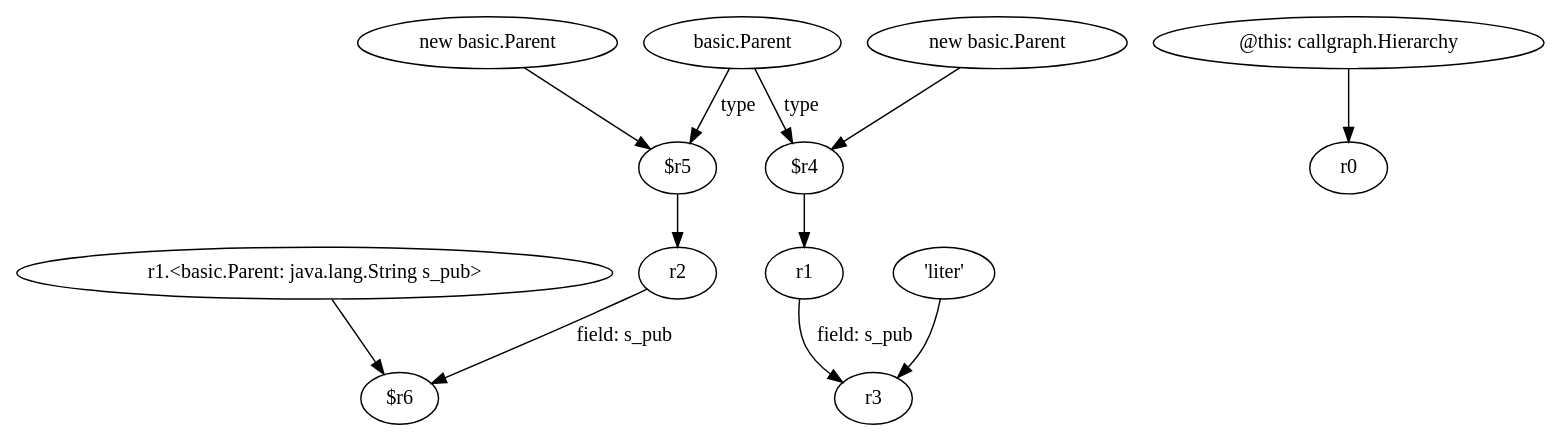
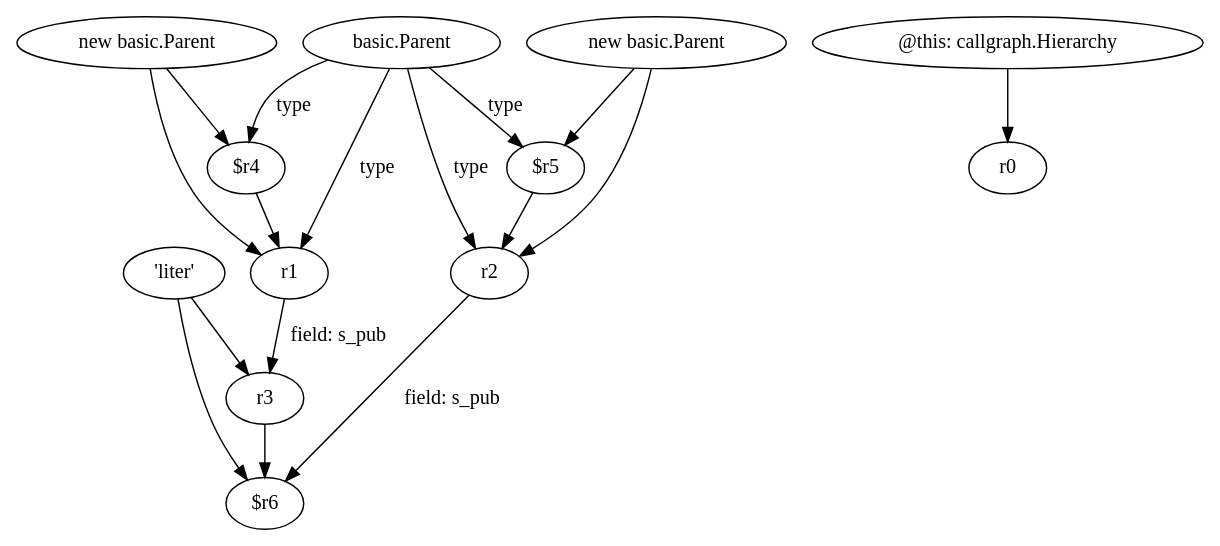
The diagram in relation2/<callgraph.Hierarchy: void store()>.dot (SeanCoek/zString), drawn with Graphviz before and after one commit. The commit also changed 36 other files, not shown here.

```diff
--- a/relation2/<callgraph.Hierarchy: void store()>.dot
+++ b/relation2/<callgraph.Hierarchy: void store()>.dot
@@ -1,26 +1,30 @@
 digraph g {
-0[label="basic.Parent"]
-1[label="$r5"]
-0->1[label="type"]
-2[label="r1"]
-3[label="r3"]
-2->3[label="field: s_pub"]
-4[label="'liter'"]
-4->3[label=""]
-5[label="$r4"]
-0->5[label="type"]
-6[label="new basic.Parent"]
-6->1[label=""]
-7[label="new basic.Parent"]
-7->5[label=""]
-5->2[label=""]
-8[label="r2"]
-9[label="$r6"]
-8->9[label="field: s_pub"]
-1->8[label=""]
-10[label="r1.<basic.Parent: java.lang.String s_pub>"]
-10->9[label=""]
-11[label="@this: callgraph.Hierarchy"]
-12[label="r0"]
-11->12[label=""]
+0[label="'liter'"]
+1[label="$r6"]
+0->1[label=""]
+2[label="basic.Parent"]
+3[label="$r4"]
+2->3[label="type"]
+4[label="r2"]
+4->1[label="field: s_pub"]
+5[label="@this: callgraph.Hierarchy"]
+6[label="r0"]
+5->6[label=""]
+7[label="r3"]
+7->1[label=""]
+0->7[label=""]
+2->4[label="type"]
+8[label="new basic.Parent"]
+9[label="$r5"]
+8->9[label=""]
+10[label="r1"]
+10->7[label="field: s_pub"]
+2->10[label="type"]
+11[label="new basic.Parent"]
+11->3[label=""]
+9->4[label=""]
+8->4[label=""]
+2->9[label="type"]
+3->10[label=""]
+11->10[label=""]
 }
```
